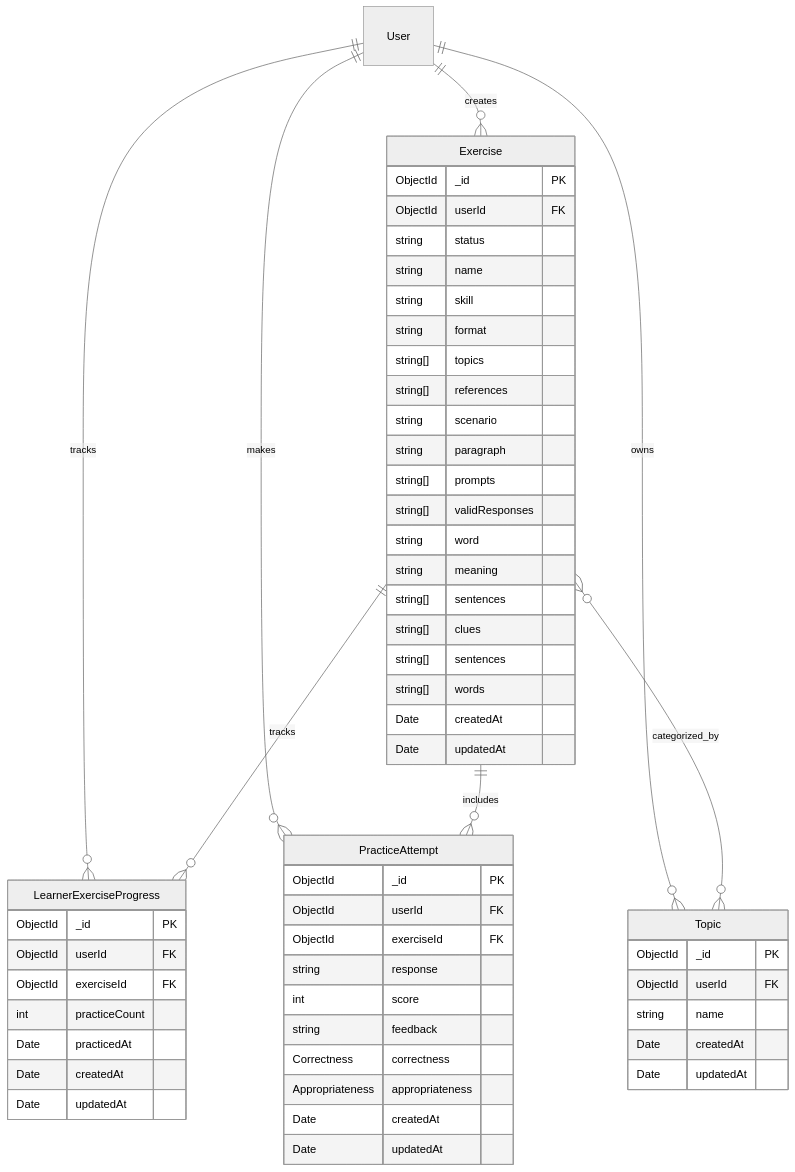
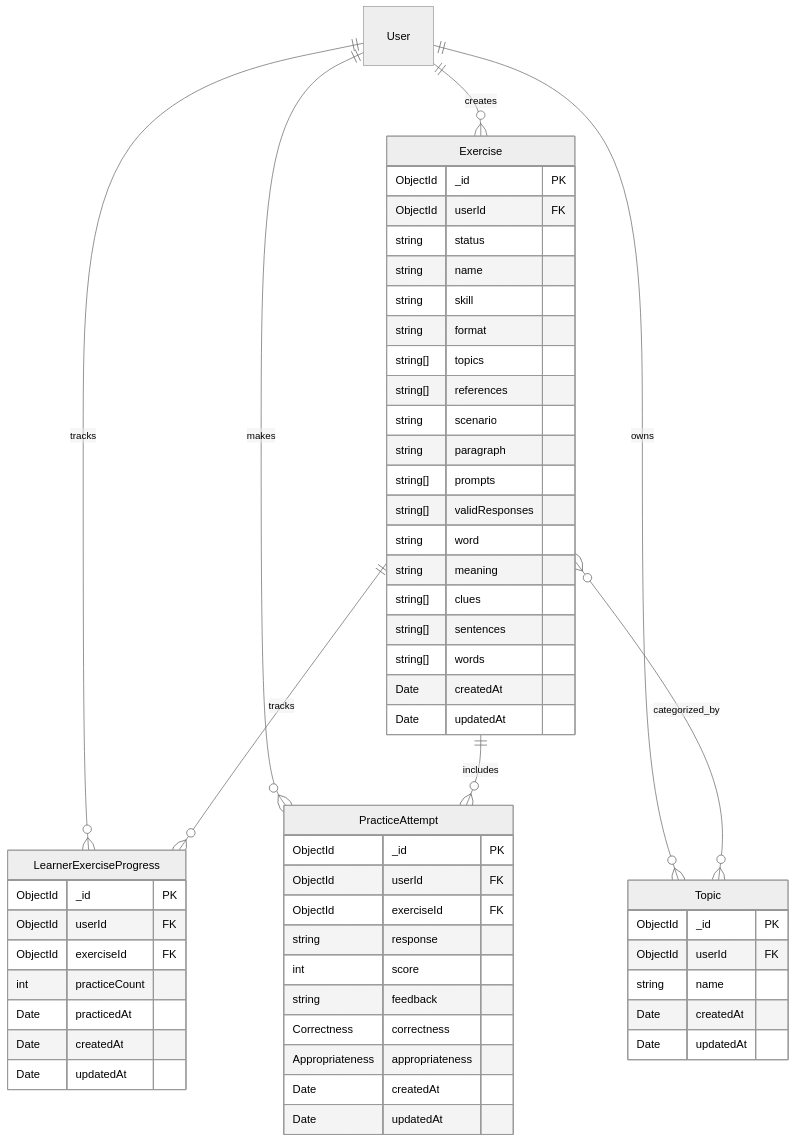
One commit to lamhq/fluento changed the diagram in docs/design/data/practice.md. Above: the diagram before and after it, drawn with Mermaid (neutral theme). The commit also changed other lines of this file and 2 other files, not shown here.

````diff
--- a/docs/design/data/practice.md
+++ b/docs/design/data/practice.md
@@ -11,64 +11,63 @@
 ```mermaid
 erDiagram
     User ||--o{ Exercise : creates
     User ||--o{ Topic : owns
     User ||--o{ LearnerExerciseProgress : tracks
     User ||--o{ PracticeAttempt : makes
     Exercise ||--o{ LearnerExerciseProgress : tracks
     Exercise ||--o{ PracticeAttempt : includes
     Exercise }o--o{ Topic : categorized_by
 
     Exercise {
         ObjectId _id PK
         ObjectId userId FK
         string status
         string name
         string skill
         string format
         string[] topics
         string[] references
         string scenario
         string paragraph
         string[] prompts
         string[] validResponses
         string word
         string meaning
-        string[] sentences
         string[] clues
         string[] sentences
         string[] words
         Date createdAt
         Date updatedAt
     }
 
     Topic {
         ObjectId _id PK
         ObjectId userId FK
         string name
         Date createdAt
         Date updatedAt
     }
 
     LearnerExerciseProgress {
         ObjectId _id PK
         ObjectId userId FK
         ObjectId exerciseId FK
         int practiceCount
         Date practicedAt
         Date createdAt
         Date updatedAt
     }
 
     PracticeAttempt {
         ObjectId _id PK
         ObjectId userId FK
         ObjectId exerciseId FK
         string response
         int score
         string feedback
         Correctness correctness
         Appropriateness appropriateness
         Date createdAt
         Date updatedAt
     }
 ```
````
